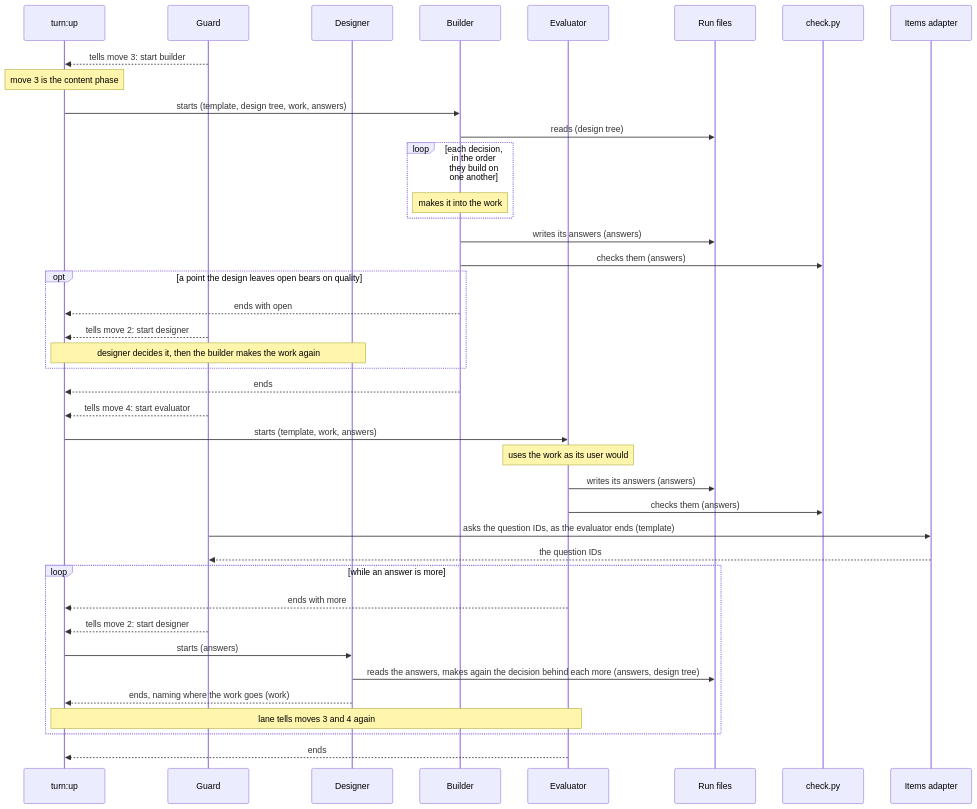
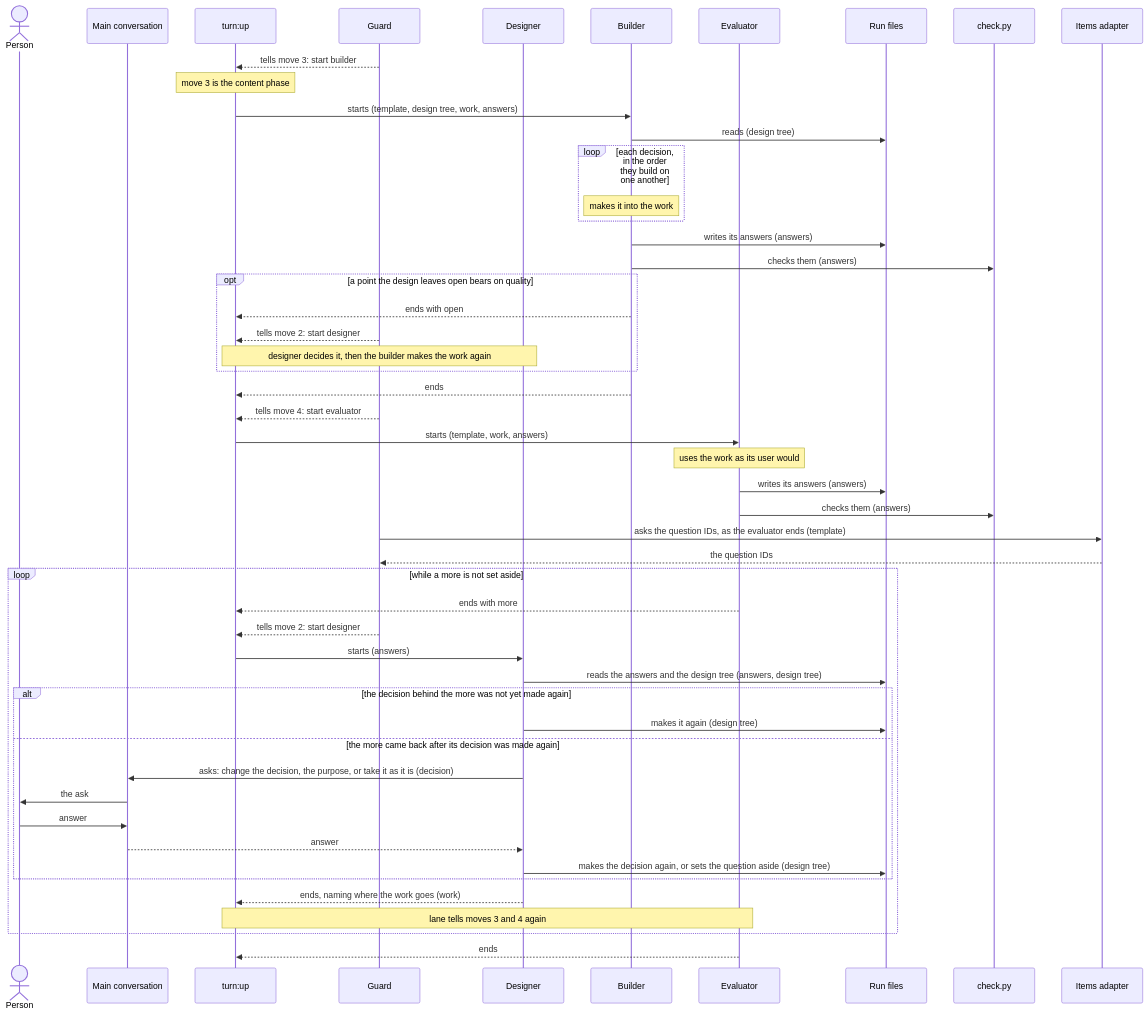
One commit to lovaizu/ccpm changed the fourth of 6 diagrams in dev/turn/architecture.md. Above: the diagram before and after it, drawn with Mermaid. The commit also changed other lines of this file and 2 other files, not shown here.

````diff
--- a/dev/turn/architecture.md
+++ b/dev/turn/architecture.md
@@ -342,42 +386,53 @@
 ```mermaid
 sequenceDiagram
+  actor P as Person
+  participant M as Main conversation
   participant U as turn:up
   participant G as Guard
   participant D as Designer
   participant B as Builder
   participant E as Evaluator
   participant R as Run files
   participant C as check.py
   participant IA as Items adapter
   G-->>U: tells move 3: start builder
   Note over U: move 3 is the content phase
   U->>B: starts (template, design tree, work, answers)
   B->>R: reads (design tree)
   loop each decision, in the order they build on one another
     Note over B: makes it into the work
   end
   B->>R: writes its answers (answers)
   B->>C: checks them (answers)
   opt a point the design leaves open bears on quality
     B-->>U: ends with open
     G-->>U: tells move 2: start designer
     Note over U,D: designer decides it, then the builder makes the work again
   end
   B-->>U: ends
   G-->>U: tells move 4: start evaluator
   U->>E: starts (template, work, answers)
   Note over E: uses the work as its user would
   E->>R: writes its answers (answers)
   E->>C: checks them (answers)
   G->>IA: asks the question IDs, as the evaluator ends (template)
   IA-->>G: the question IDs
-  loop while an answer is more
+  loop while a more is not set aside
     E-->>U: ends with more
     G-->>U: tells move 2: start designer
     U->>D: starts (answers)
-    D->>R: reads the answers, makes again the decision behind each more (answers, design tree)
+    D->>R: reads the answers and the design tree (answers, design tree)
+    alt the decision behind the more was not yet made again
+      D->>R: makes it again (design tree)
+    else the more came back after its decision was made again
+      D->>M: asks: change the decision, the purpose, or take it as it is (decision)
+      M->>P: the ask
+      P->>M: answer
+      M-->>D: answer
+      D->>R: makes the decision again, or sets the question aside (design tree)
+    end
     D-->>U: ends, naming where the work goes (work)
     Note over U,E: lane tells moves 3 and 4 again
   end
   E-->>U: ends
 ```
````
